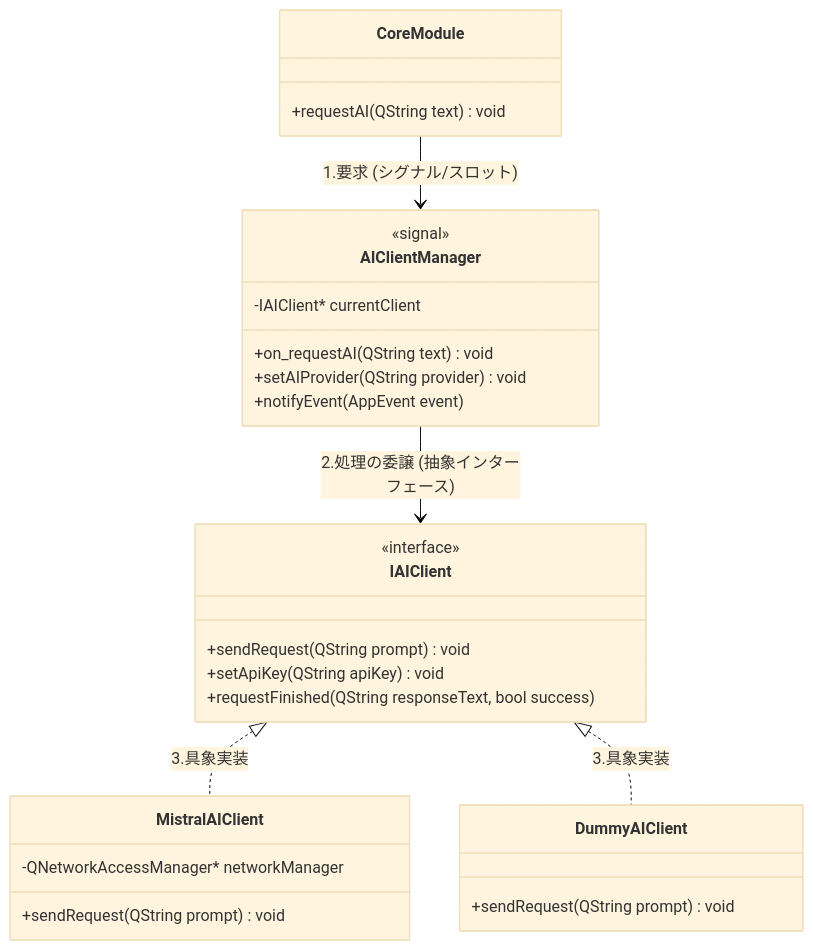
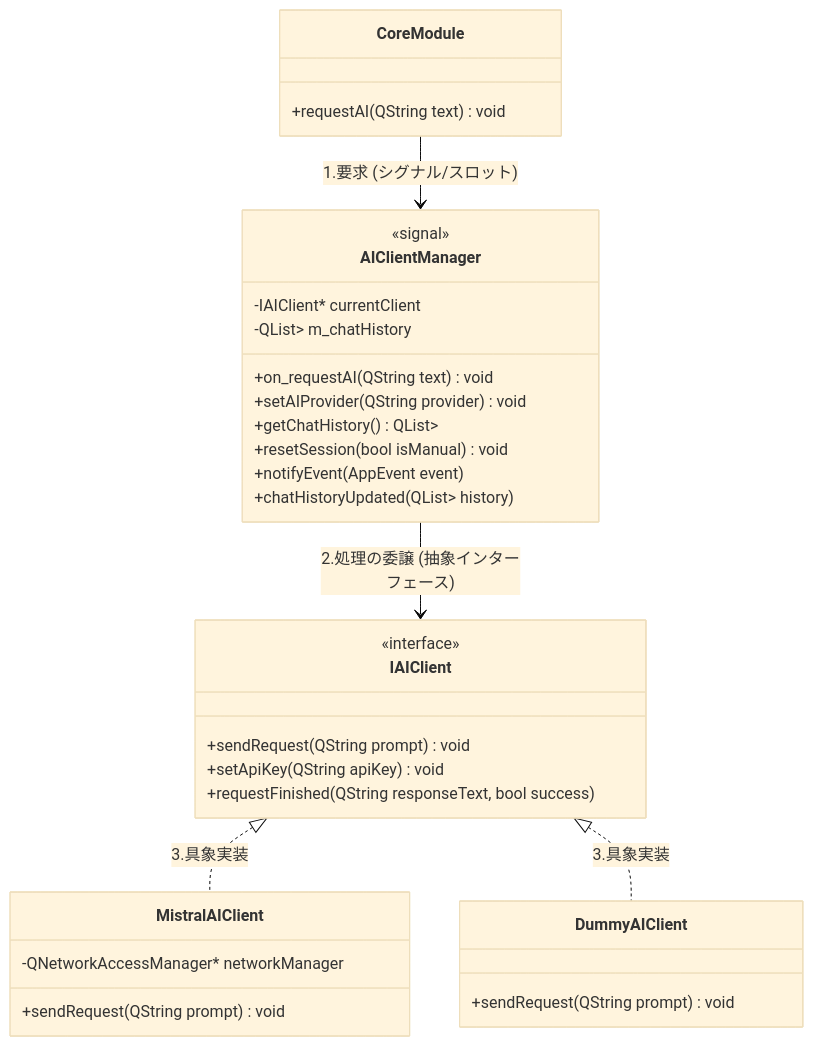
Before and after one commit to BLUE000/AiAssistantAvatar: the third of 7 diagrams in doc/BasicDesign.md, drawn with Mermaid (base theme). The commit also changed other lines of this file and 5 other files, not shown here.

Commit message:
docs: Update design specifications and test plans for TrustChain security, Twitch OAuth server, and AI session reset features

````diff
--- a/doc/BasicDesign.md
+++ b/doc/BasicDesign.md
@@ -119,32 +119,36 @@
 ```mermaid
 classDiagram
     class CoreModule {
         +requestAI(QString text) void
     }
     class AIClientManager {
         -IAIClient* currentClient
+        -QList<QPair<QString, QString>> m_chatHistory
         +on_requestAI(QString text) void
         +setAIProvider(QString provider) void
+        +getChatHistory() QList<QPair<QString, QString>>
+        +resetSession(bool isManual) void
         <<signal>>
         +notifyEvent(AppEvent event)
+        +chatHistoryUpdated(QList<QPair<QString, QString>> history)
     }
     class IAIClient {
         <<interface>>
         +sendRequest(QString prompt) void
         +setApiKey(QString apiKey) void
         <<signal>>
         +requestFinished(QString responseText, bool success)
     }
     class MistralAIClient {
         -QNetworkAccessManager* networkManager
         +sendRequest(QString prompt) void
     }
     class DummyAIClient {
         +sendRequest(QString prompt) void
     }
 
     CoreModule --> AIClientManager : 1.要求 (シグナル/スロット)
     AIClientManager --> IAIClient : 2.処理の委譲 (抽象インターフェース)
     IAIClient <|.. MistralAIClient : 3.具象実装
     IAIClient <|.. DummyAIClient : 3.具象実装
 ```
````
